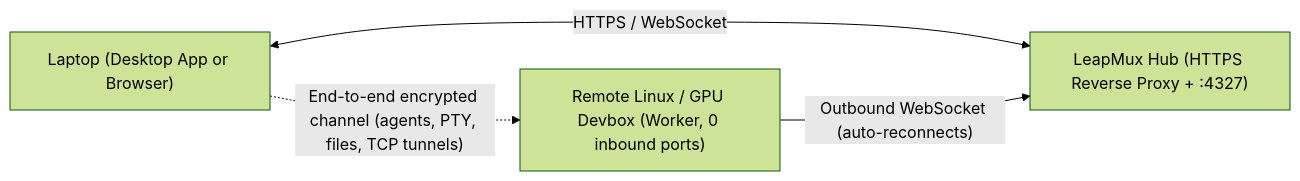
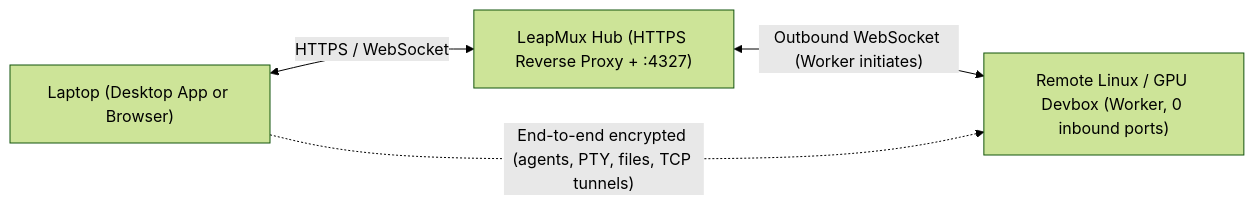
One commit to leapmux/leapmux changed the diagram in site/content/docs/recipes/remote-devbox.md. Above: the diagram before and after it, drawn with Mermaid (forest theme). The commit also changed other lines of this file and 82 other files, not shown here.

First line of the commit message:
docs(site): Fix diagrams, expand UI screenshots, and clarify docs

````diff
--- a/site/content/docs/recipes/remote-devbox.md
+++ b/site/content/docs/recipes/remote-devbox.md
@@ -10,10 +10,10 @@
 ```mermaid
 flowchart LR
   Laptop["Laptop (Desktop App or Browser)"]
   Hub["LeapMux Hub (HTTPS Reverse Proxy + :4327)"]
   Devbox["Remote Linux / GPU Devbox (Worker, 0 inbound ports)"]
 
   Laptop <-->|"HTTPS / WebSocket"| Hub
-  Devbox -->|"Outbound WebSocket (auto-reconnects)"| Hub
-  Laptop -. "End-to-end encrypted channel (agents, PTY, files, TCP tunnels)" .-> Devbox
+  Hub <-->|"Outbound WebSocket (Worker initiates)"| Devbox
+  Laptop -. "End-to-end encrypted (agents, PTY, files, TCP tunnels)" .-> Devbox
 ```
````
